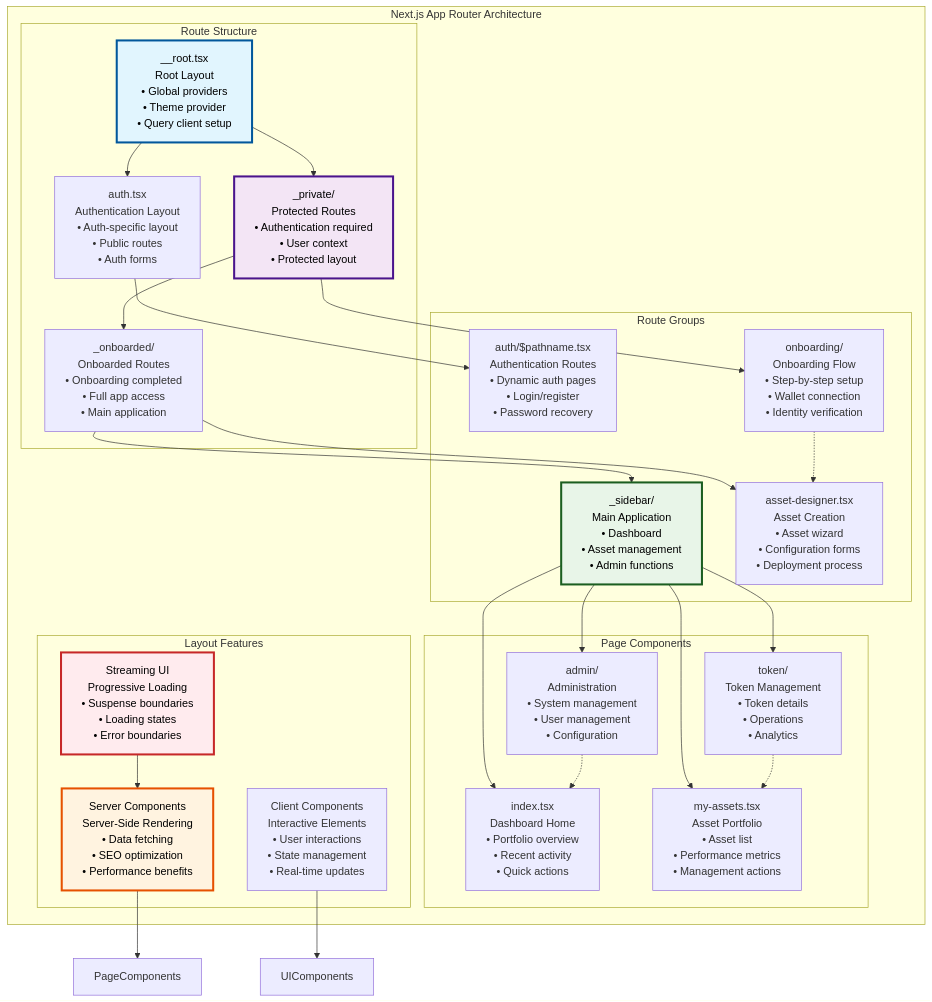
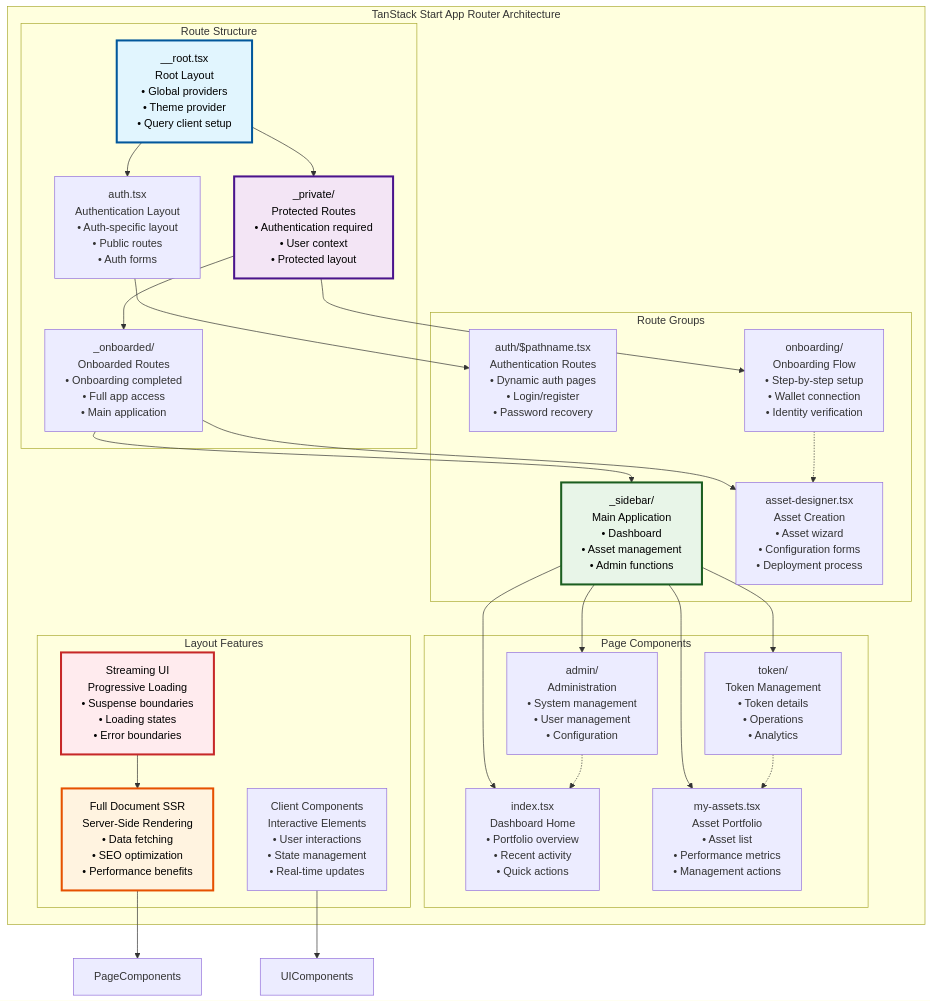
One commit to settlemint/asset-tokenization-kit changed the second of 6 diagrams in kit/docs/content/docs/11-tanstack-start-dapp-architecture.md. Above: the diagram before and after it, drawn with Mermaid. The commit also changed other lines of this file and 11 other files, not shown here.

````diff
--- a/kit/docs/content/docs/11-tanstack-start-dapp-architecture.md
+++ b/kit/docs/content/docs/11-tanstack-start-dapp-architecture.md
@@ -117,76 +117,76 @@
 ```mermaid
 graph TB
-    subgraph "Next.js App Router Architecture"
+    subgraph "TanStack Start App Router Architecture"
         subgraph "Route Structure"
             RootLayout[__root.tsx<br/>Root Layout<br/>• Global providers<br/>• Theme provider<br/>• Query client setup]
             
             AuthLayout[auth.tsx<br/>Authentication Layout<br/>• Auth-specific layout<br/>• Public routes<br/>• Auth forms]
             
             PrivateLayout[_private/<br/>Protected Routes<br/>• Authentication required<br/>• User context<br/>• Protected layout]
             
             OnboardedLayout[_onboarded/<br/>Onboarded Routes<br/>• Onboarding completed<br/>• Full app access<br/>• Main application]
         end
         
         subgraph "Route Groups"
             AuthRoutes[auth/$pathname.tsx<br/>Authentication Routes<br/>• Dynamic auth pages<br/>• Login/register<br/>• Password recovery]
             
             OnboardingRoutes[onboarding/<br/>Onboarding Flow<br/>• Step-by-step setup<br/>• Wallet connection<br/>• Identity verification]
             
             SidebarRoutes[_sidebar/<br/>Main Application<br/>• Dashboard<br/>• Asset management<br/>• Admin functions]
             
             AssetDesigner[asset-designer.tsx<br/>Asset Creation<br/>• Asset wizard<br/>• Configuration forms<br/>• Deployment process]
         end
         
         subgraph "Page Components"
             Dashboard[index.tsx<br/>Dashboard Home<br/>• Portfolio overview<br/>• Recent activity<br/>• Quick actions]
             
             MyAssets[my-assets.tsx<br/>Asset Portfolio<br/>• Asset list<br/>• Performance metrics<br/>• Management actions]
             
             TokenPages[token/<br/>Token Management<br/>• Token details<br/>• Operations<br/>• Analytics]
             
             AdminPages[admin/<br/>Administration<br/>• System management<br/>• User management<br/>• Configuration]
         end
         
         subgraph "Layout Features"
-            ServerComponents[Server Components<br/>Server-Side Rendering<br/>• Data fetching<br/>• SEO optimization<br/>• Performance benefits]
+            ServerComponents[Full Document SSR<br/>Server-Side Rendering<br/>• Data fetching<br/>• SEO optimization<br/>• Performance benefits]
             
             ClientComponents[Client Components<br/>Interactive Elements<br/>• User interactions<br/>• State management<br/>• Real-time updates]
             
             StreamingUI[Streaming UI<br/>Progressive Loading<br/>• Suspense boundaries<br/>• Loading states<br/>• Error boundaries]
         end
     end
     
     %% Route hierarchy
     RootLayout --> AuthLayout
     RootLayout --> PrivateLayout
     PrivateLayout --> OnboardedLayout
     
     %% Route groups
     AuthLayout --> AuthRoutes
     PrivateLayout --> OnboardingRoutes
     OnboardedLayout --> SidebarRoutes
     OnboardedLayout --> AssetDesigner
     
     %% Page components
     SidebarRoutes --> Dashboard
     SidebarRoutes --> MyAssets
     SidebarRoutes --> TokenPages
     SidebarRoutes --> AdminPages
     
     %% Layout features
     ServerComponents --> PageComponents
     ClientComponents --> UIComponents
     StreamingUI --> ServerComponents
     
     %% Cross-connections
     OnboardingRoutes -.-> AssetDesigner
     TokenPages -.-> MyAssets
     AdminPages -.-> Dashboard
     
     %% Styling
     style RootLayout fill:#e1f5fe,stroke:#01579b,color:#000000,stroke-width:3px
     style PrivateLayout fill:#f3e5f5,stroke:#4a148c,color:#000000,stroke-width:3px
     style SidebarRoutes fill:#e8f5e8,stroke:#1b5e20,color:#000000,stroke-width:3px
     style ServerComponents fill:#fff3e0,stroke:#e65100,color:#000000,stroke-width:3px
     style StreamingUI fill:#ffebee,stroke:#c62828,color:#000000,stroke-width:3px
 ```
````
